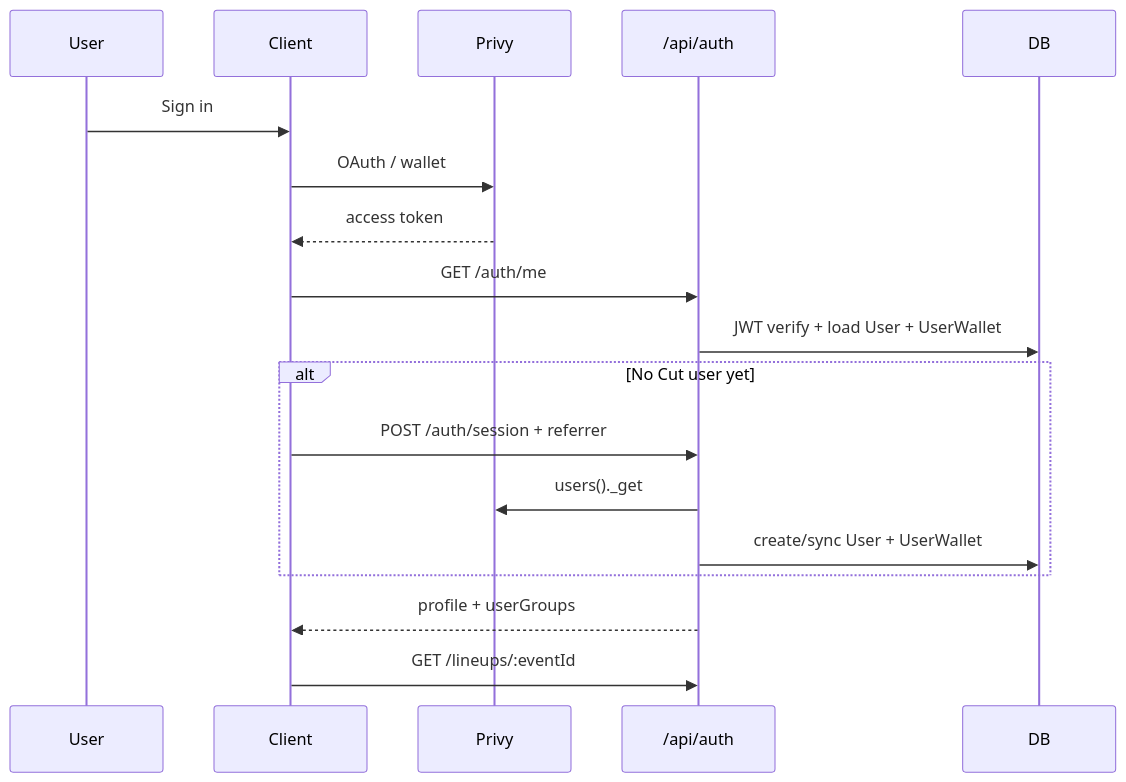
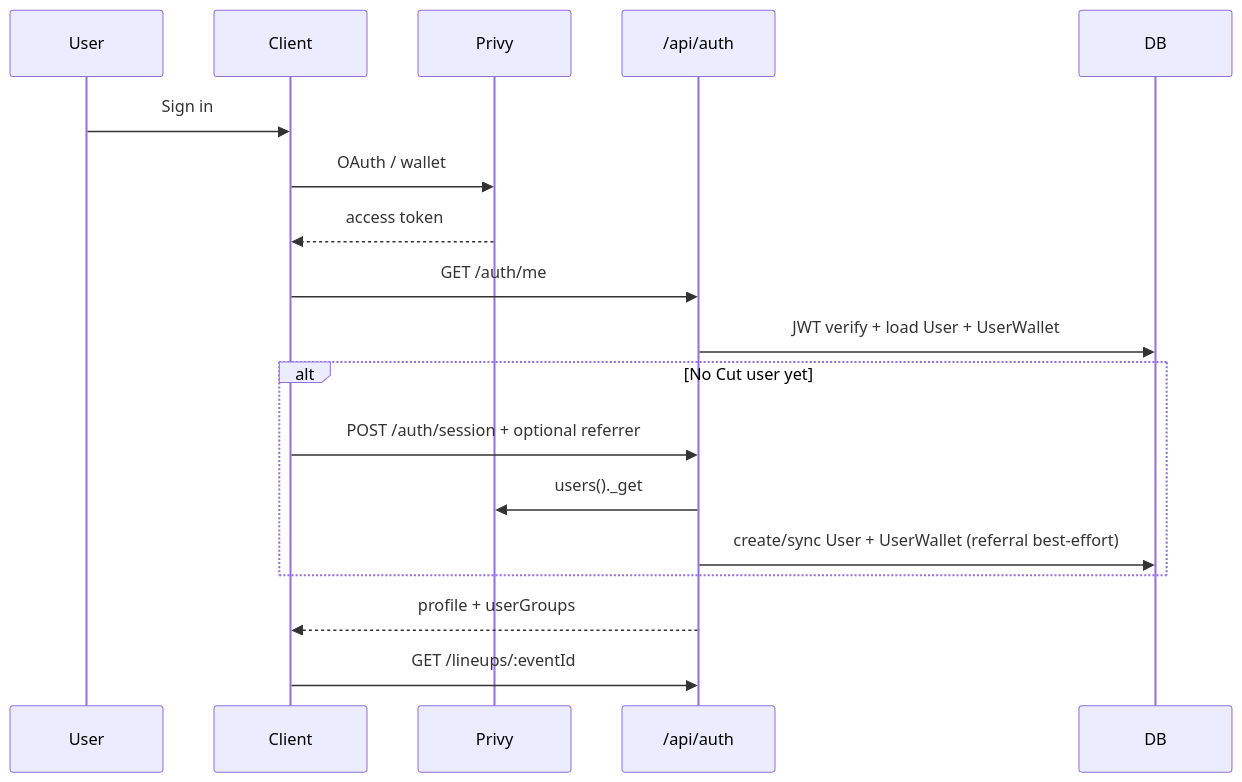
The second of 7 diagrams in spec/cross-layer.md (MagRelo/cut), drawn with Mermaid before and after one commit. The commit also changed other lines of this file and 7 other files, not shown here.

````diff
--- a/spec/cross-layer.md
+++ b/spec/cross-layer.md
@@ -52,21 +52,21 @@
 ```mermaid
 sequenceDiagram
   participant User
   participant Client
   participant Privy
   participant API as /api/auth
   participant DB
 
   User->>Client: Sign in
   Client->>Privy: OAuth / wallet
   Privy-->>Client: access token
   Client->>API: GET /auth/me
   API->>DB: JWT verify + load User + UserWallet
   alt No Cut user yet
-    Client->>API: POST /auth/session + referrer
+    Client->>API: POST /auth/session + optional referrer
     API->>Privy: users()._get
-    API->>DB: create/sync User + UserWallet
+    API->>DB: create/sync User + UserWallet (referral best-effort)
   end
   API-->>Client: profile + userGroups
   Client->>API: GET /lineups/:eventId
 ```
````
